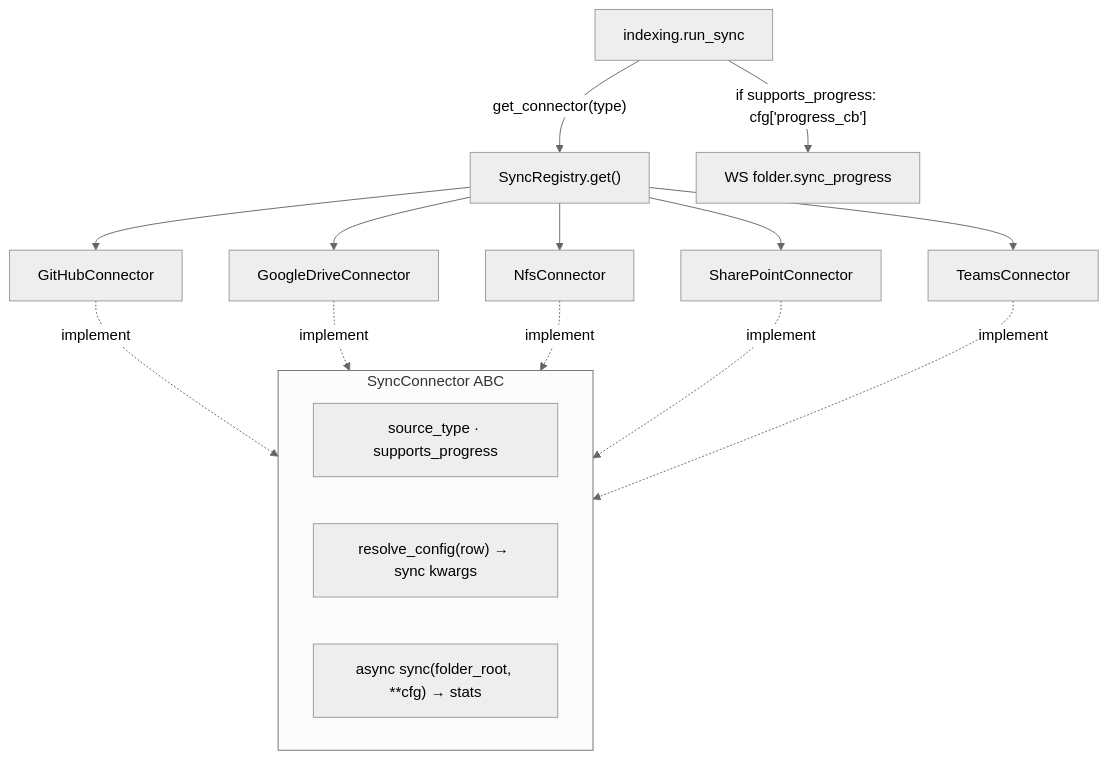
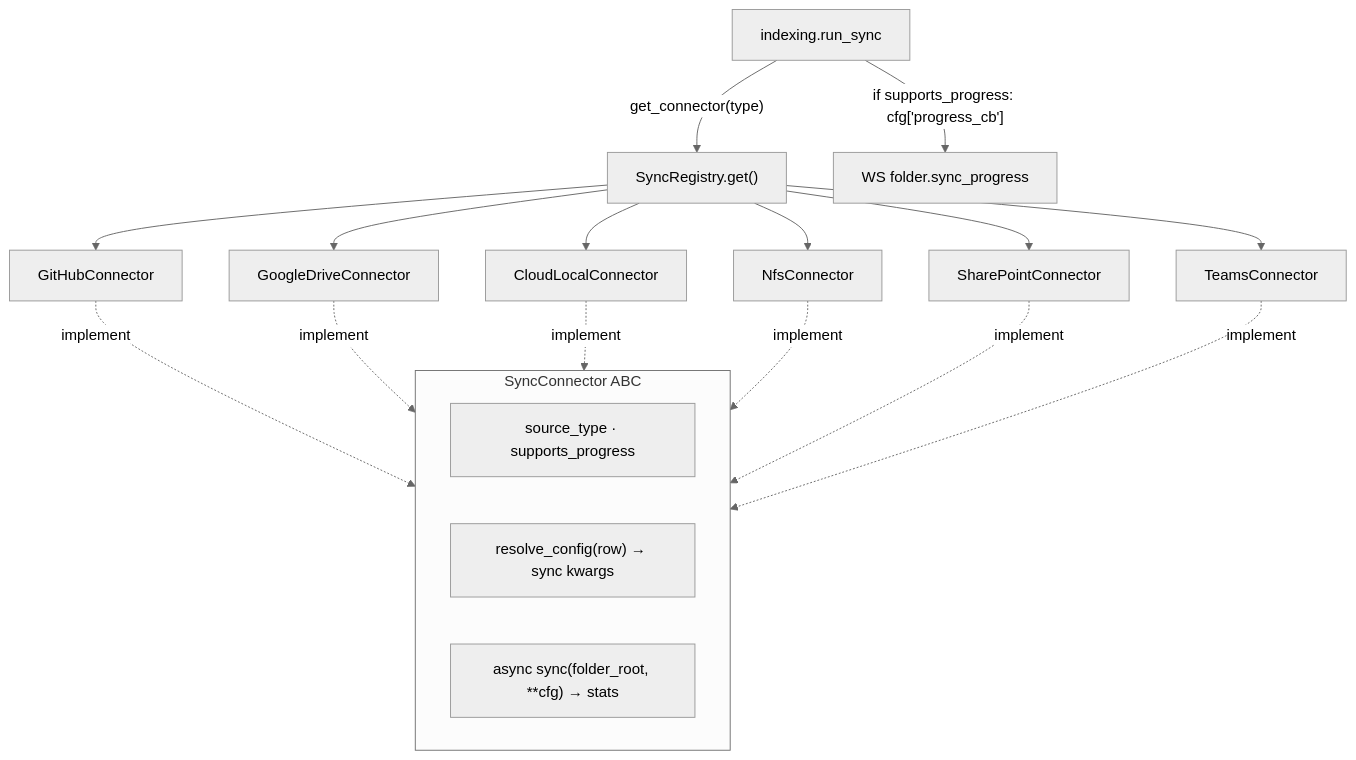
One commit to voitta-ai/voitta-rag-enterprise changed diagram 17 of 20 in docs/OPERATIONS.md. Above: the diagram before and after it, drawn with Mermaid (neutral theme). The commit also changed other lines of this file and 37 other files, not shown here.

````diff
--- a/docs/OPERATIONS.md
+++ b/docs/OPERATIONS.md
@@ -834,12 +970,12 @@
 ```mermaid
 flowchart TB
     RS["indexing.run_sync"] -->|"get_connector(type)"| REG["SyncRegistry.get()"]
-    REG --> C1["GitHubConnector"] & C2["GoogleDriveConnector"] & C3["NfsConnector"] & C4["SharePointConnector"] & C5["TeamsConnector"]
+    REG --> C1["GitHubConnector"] & C2["GoogleDriveConnector"] & C2L["CloudLocalConnector"] & C3["NfsConnector"] & C4["SharePointConnector"] & C5["TeamsConnector"]
     subgraph contract["SyncConnector ABC"]
         M1["source_type · supports_progress"]
         M2["resolve_config(row) → sync kwargs"]
         M3["async sync(folder_root, **cfg) → stats"]
     end
-    C1 & C2 & C3 & C4 & C5 -.implement.-> contract
+    C1 & C2 & C2L & C3 & C4 & C5 -.implement.-> contract
     RS -->|"if supports_progress: cfg['progress_cb']"| PROG["WS folder.sync_progress"]
 ```
````
